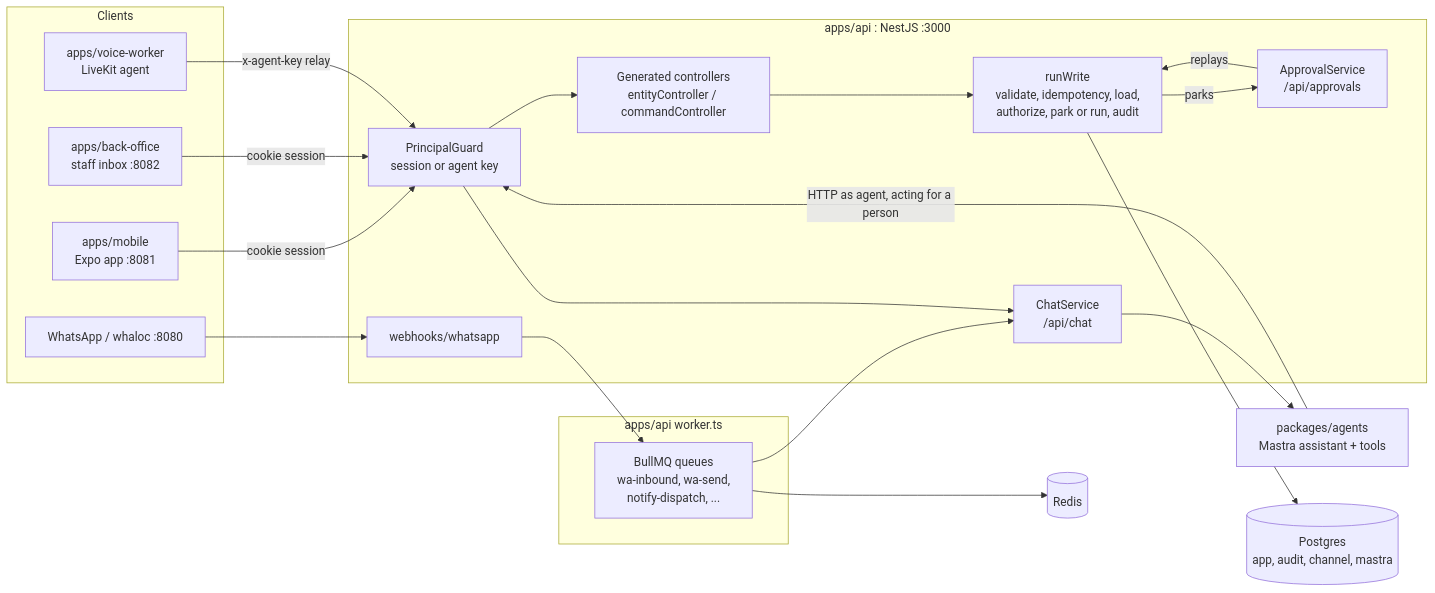
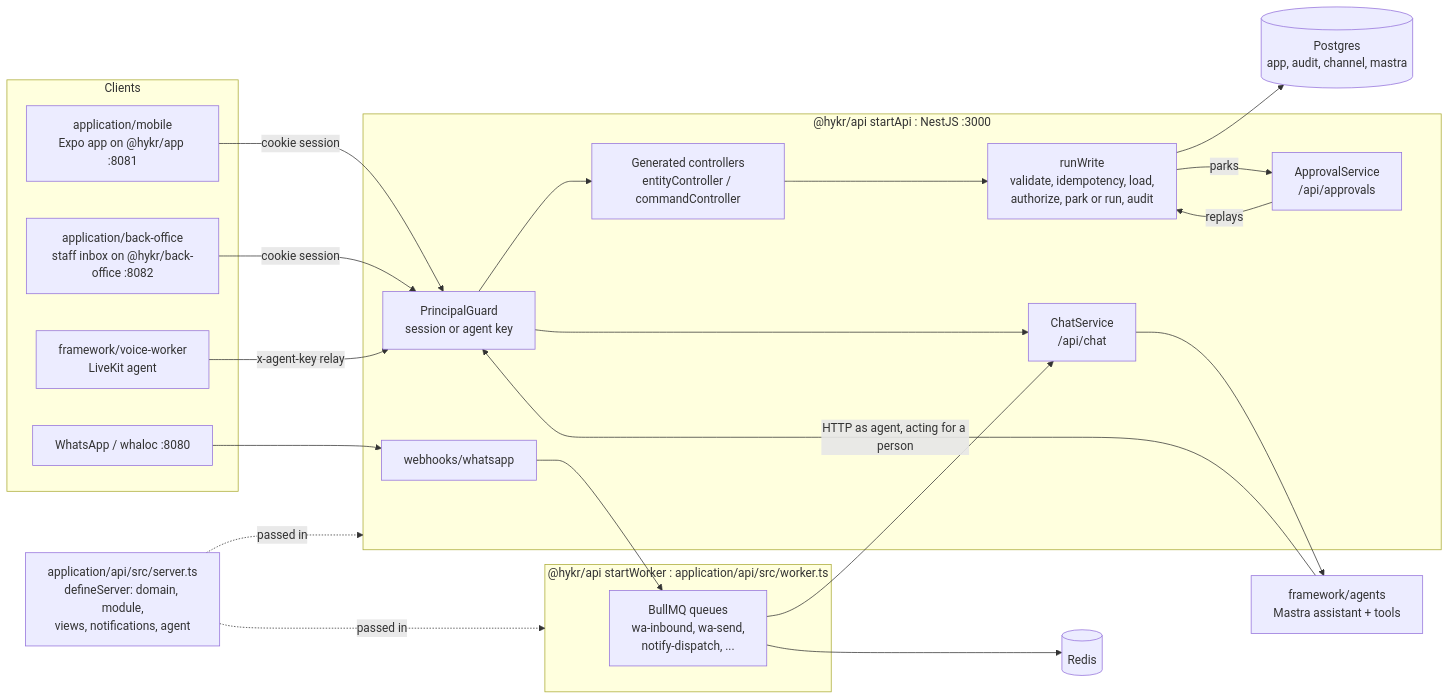
The diagram in docs/developer-guide.md (hykr-studio/basecamp), drawn with Mermaid before and after one commit. The commit also changed other lines of this file and 3 other files, not shown here.

First line of the commit message:
Docs for the framework/application split; run the e2e suites one after another

````diff
--- a/docs/developer-guide.md
+++ b/docs/developer-guide.md
@@ -37,39 +37,43 @@
 ```mermaid
 flowchart LR
   subgraph Clients
-    M[apps/mobile<br/>Expo app :8081]
-    B[apps/back-office<br/>staff inbox :8082]
-    V[apps/voice-worker<br/>LiveKit agent]
+    M["application/mobile<br/>Expo app on @hykr/app :8081"]
+    B["application/back-office<br/>staff inbox on @hykr/back-office :8082"]
+    V[framework/voice-worker<br/>LiveKit agent]
     W[WhatsApp / whaloc :8080]
   end
 
-  subgraph API[apps/api : NestJS :3000]
+  D[application/api/src/server.ts<br/>defineServer: domain, module,<br/>views, notifications, agent]
+
+  subgraph API["@hykr/api startApi : NestJS :3000"]
     G[PrincipalGuard<br/>session or agent key]
     C[Generated controllers<br/>entityController / commandController]
     CH[ChatService<br/>/api/chat]
     RW[runWrite<br/>validate, idempotency, load,<br/>authorize, park or run, audit]
     AP[ApprovalService<br/>/api/approvals]
     WH[webhooks/whatsapp]
   end
 
-  subgraph Worker[apps/api worker.ts]
+  subgraph Worker["@hykr/api startWorker : application/api/src/worker.ts"]
     Q[BullMQ queues<br/>wa-inbound, wa-send,<br/>notify-dispatch, ...]
   end
 
-  A[packages/agents<br/>Mastra assistant + tools]
+  A[framework/agents<br/>Mastra assistant + tools]
   PG[(Postgres<br/>app, audit, channel, mastra)]
   R[(Redis)]
 
+  D -.->|passed in| API
+  D -.->|passed in| Worker
   M -->|cookie session| G
   B -->|cookie session| G
   V -->|x-agent-key relay| G
   W --> WH --> Q
   Q --> CH
   G --> C --> RW
   G --> CH --> A
   A -->|HTTP as agent, acting for a person| G
   RW --> PG
   RW -->|parks| AP
   AP -->|replays| RW
   Q --> R
 ```
````
